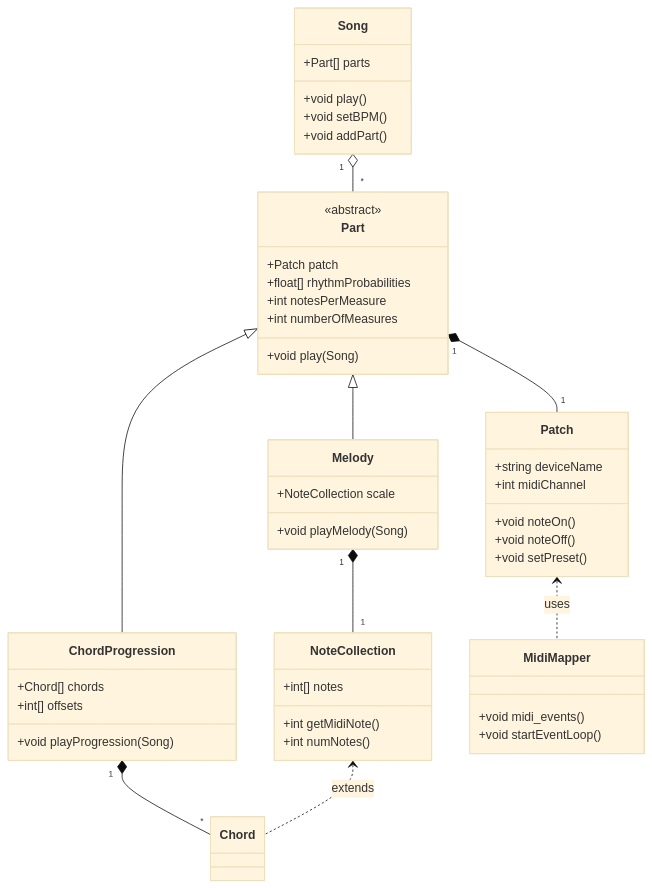
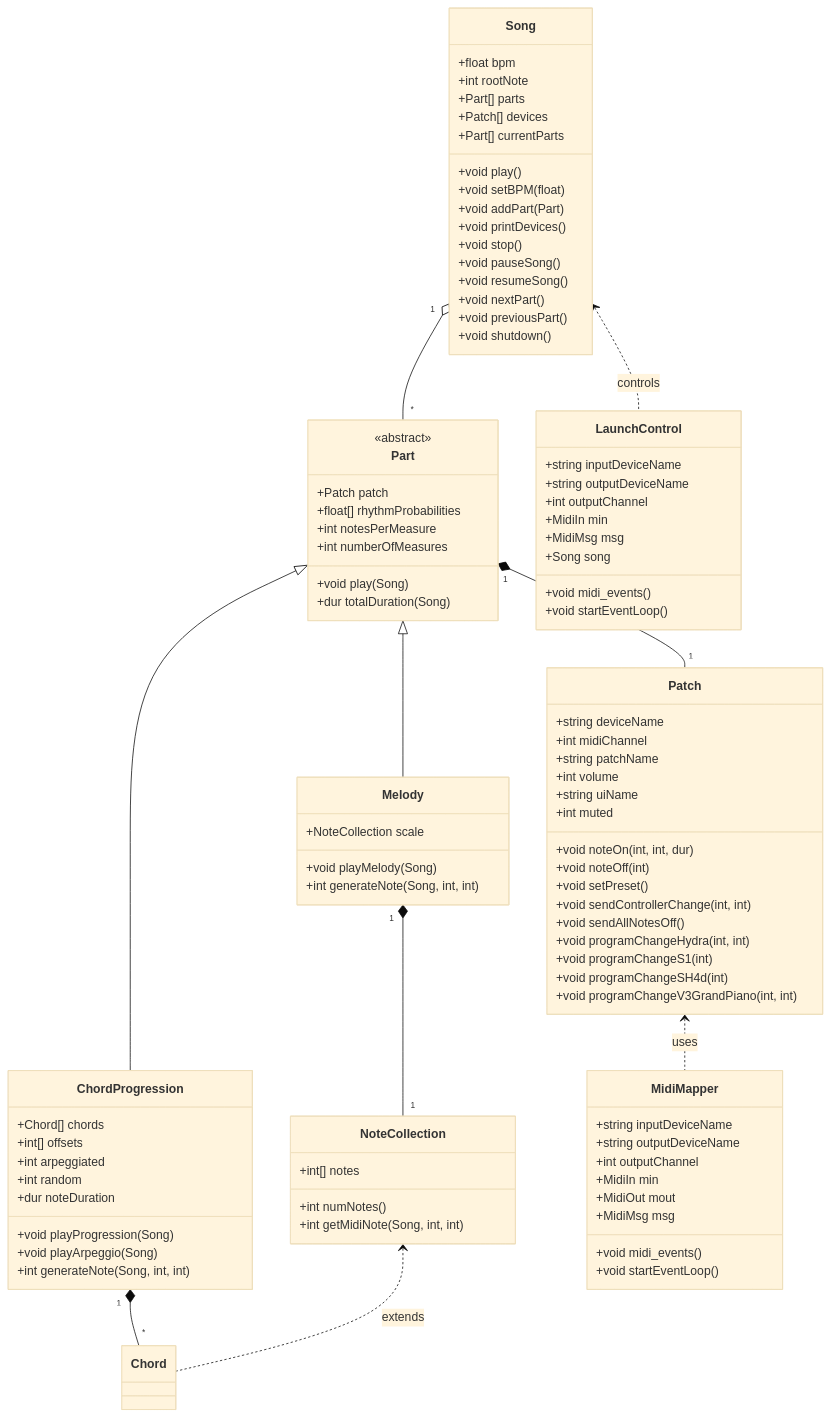
Before and after one commit to scmm17/Cadenza: the diagram in ARCHITECTURE.md, drawn with Mermaid (base theme).

Commit message:
Update Architecture diagram

````diff
--- a/ARCHITECTURE.md
+++ b/ARCHITECTURE.md
@@ -1,10 +1,21 @@
 ```mermaid
 classDiagram
     class Song {
+        +float bpm
+        +int rootNote
         +Part[] parts
+        +Patch[] devices
+        +Part[] currentParts
         +void play()
-        +void setBPM()
-        +void addPart()
+        +void setBPM(float)
+        +void addPart(Part)
+        +void printDevices()
+        +void stop()
+        +void pauseSong()
+        +void resumeSong()
+        +void nextPart()
+        +void previousPart()
+        +void shutdown()
     }
     class Part {
         <<abstract>>
@@ -13,29 +24,62 @@
         +int notesPerMeasure
         +int numberOfMeasures
         +void play(Song)
+        +dur totalDuration(Song)
     }
     class ChordProgression {
         +Chord[] chords
         +int[] offsets
+        +int arpeggiated
+        +int random
+        +dur noteDuration
         +void playProgression(Song)
+        +void playArpeggio(Song)
+        +int generateNote(Song, int, int)
     }
     class Melody {
         +NoteCollection scale
         +void playMelody(Song)
+        +int generateNote(Song, int, int)
     }
     class Patch {
         +string deviceName
         +int midiChannel
-        +void noteOn()
-        +void noteOff()
+        +string patchName
+        +int volume
+        +string uiName
+        +int muted
+        +void noteOn(int, int, dur)
+        +void noteOff(int)
         +void setPreset()
+        +void sendControllerChange(int, int)
+        +void sendAllNotesOff()
+        +void programChangeHydra(int, int)
+        +void programChangeS1(int)
+        +void programChangeSH4d(int)
+        +void programChangeV3GrandPiano(int, int)
     }
     class NoteCollection {
         +int[] notes
-        +int getMidiNote()
         +int numNotes()
+        +int getMidiNote(Song, int, int)
     }
     class MidiMapper {
+        +string inputDeviceName
+        +string outputDeviceName
+        +int outputChannel
+        +MidiIn min
+        +MidiOut mout
+        +MidiMsg msg
+        +void midi_events()
+        +void startEventLoop()
+    }
+    class LaunchControl {
+        +string inputDeviceName
+        +string outputDeviceName
+        +int outputChannel
+        +MidiIn min
+        +MidiMsg msg
+        +Song song
         +void midi_events()
         +void startEventLoop()
     }
@@ -48,4 +92,5 @@
     Melody "1" *-- "1" NoteCollection
     Patch <.. MidiMapper : uses
     NoteCollection <.. Chord : extends
+    Song <.. LaunchControl : controls
 ```
````
